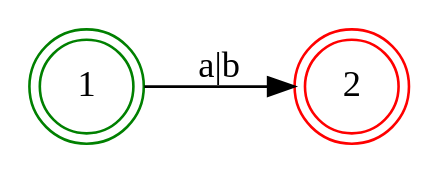
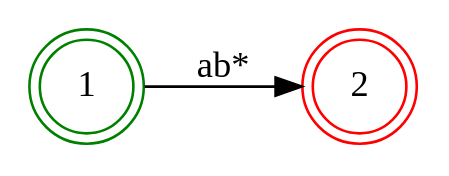
The diagram in scripts/lua/dot/NDF.dot (v012345/lua5.4.4), drawn with Graphviz before and after one commit. The commit also changed 2 other files, not shown here.

```diff
--- a/scripts/lua/dot/NDF.dot
+++ b/scripts/lua/dot/NDF.dot
@@ -1,8 +1,8 @@
 digraph NDF {
     rankdir = LR;
     node [shape = doublecircle;];
     1 [color = green;];
     2 [color = red;];
     node [shape = circle;];
-    1 -> 2 [label = "a|b";];
+    1 -> 2 [label = "ab*";];
 }
```
